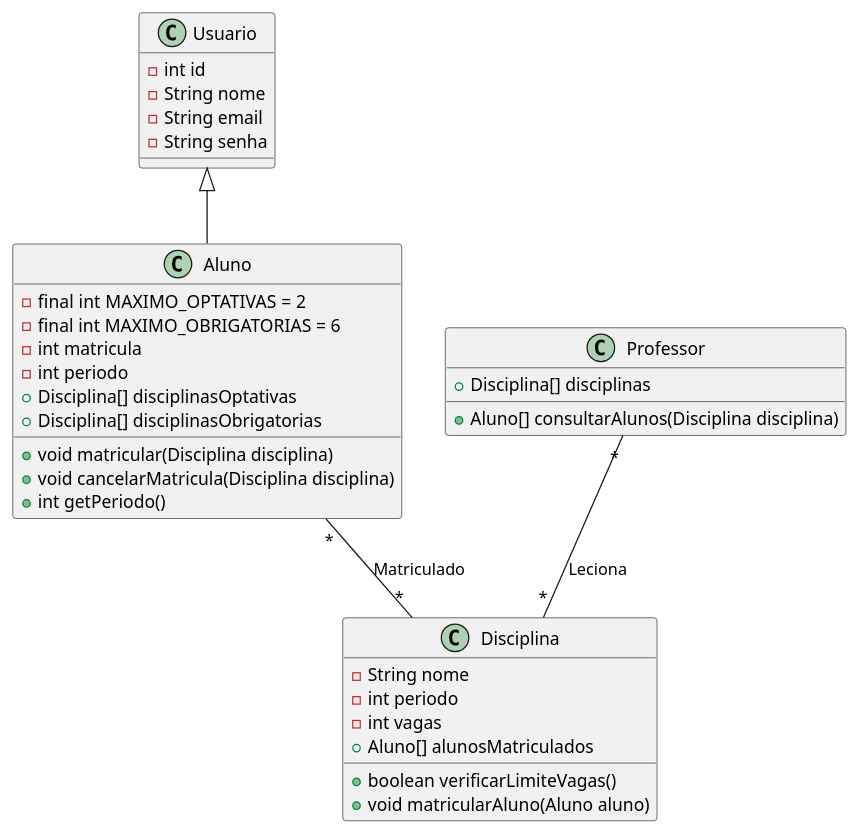
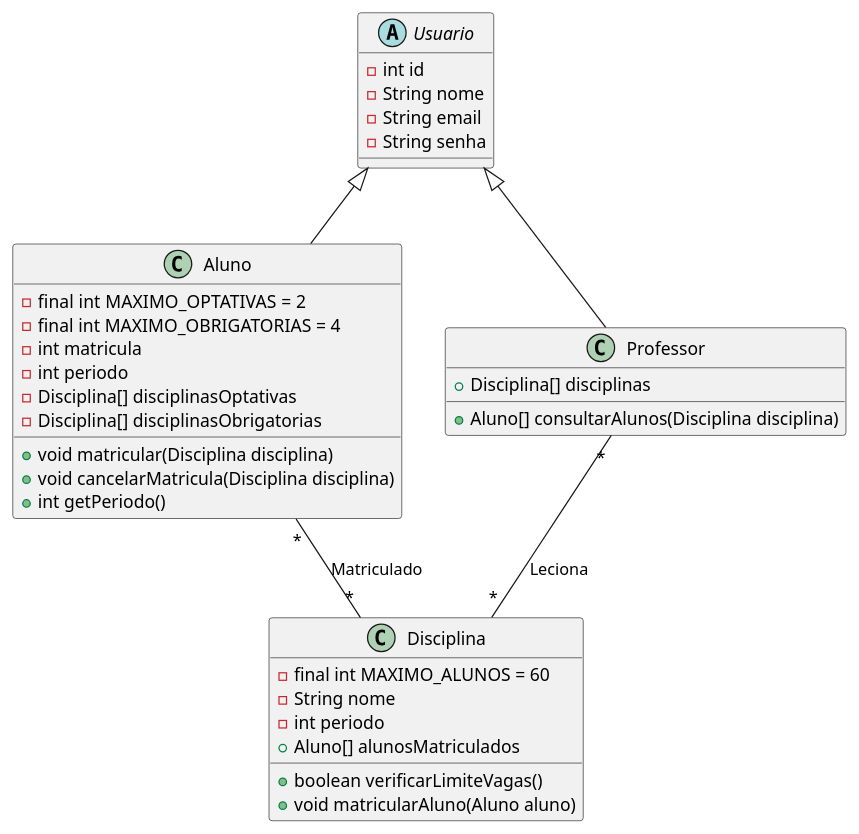
One commit to juliavianna/LabDesenvDeSoftware changed the diagram in projeto/ClassDiagram.wsd. Above: the diagram before and after it, drawn with PlantUML. The commit also changed 3 other files, not shown here.

Commit message:
alteracoes no diagrama de classes e na impressao das disciplinas

```diff
--- a/projeto/ClassDiagram.wsd
+++ b/projeto/ClassDiagram.wsd
@@ -1,40 +1,41 @@
 @startuml
 
-class Usuario {
+abstract class Usuario {
     -int id
     -String nome
     -String email
     -String senha
 }
 
 class Aluno {
     -final int MAXIMO_OPTATIVAS = 2
-    -final int MAXIMO_OBRIGATORIAS = 6
+    -final int MAXIMO_OBRIGATORIAS = 4
     -int matricula
     -int periodo
-    +Disciplina[] disciplinasOptativas
-    +Disciplina[] disciplinasObrigatorias
+    - Disciplina[] disciplinasOptativas
+    - Disciplina[] disciplinasObrigatorias
     +void matricular(Disciplina disciplina)
     +void cancelarMatricula(Disciplina disciplina)
     +int getPeriodo()
 }
 
 class Disciplina {
+    -final int MAXIMO_ALUNOS = 60
     -String nome
     -int periodo
-    -int vagas
     +Aluno[] alunosMatriculados
     +boolean verificarLimiteVagas()
     +void matricularAluno(Aluno aluno)
 }
 
 class Professor {
     +Disciplina[] disciplinas
     +Aluno[] consultarAlunos(Disciplina disciplina)
 }
 
 Usuario <|-- Aluno
+Usuario <|-- Professor
 Aluno "*" -- "*" Disciplina : Matriculado
 Professor "*" -- "*" Disciplina : Leciona
 
 @enduml
```
